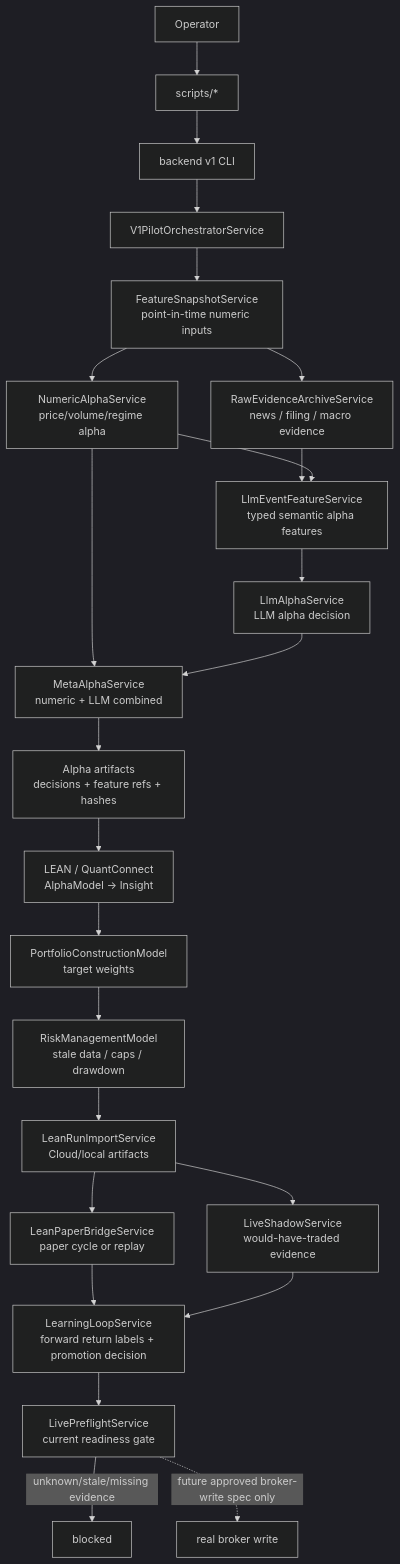
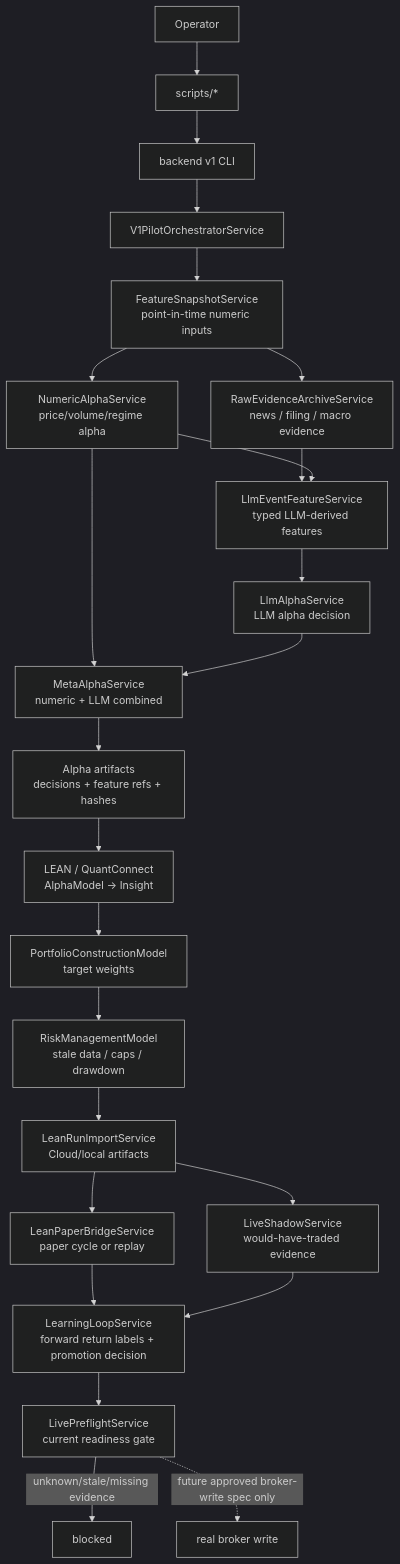
One commit to gigio1023/lincei-quant-research-engine changed the fourth of 10 diagrams in result.md. Above: the diagram before and after it, drawn with Mermaid (dark theme). The commit also changed other lines of this file and 83 other files, not shown here.

````diff
--- a/result.md
+++ b/result.md
@@ -181,32 +181,32 @@
 ```mermaid
 flowchart TD
     OP["Operator"] --> S["scripts/*"]
     S --> CLI["backend v1 CLI"]
     CLI --> ORCH["V1PilotOrchestratorService"]
 
     ORCH --> SNAP["FeatureSnapshotService<br/>point-in-time numeric inputs"]
 
     SNAP --> NUM["NumericAlphaService<br/>price/volume/regime alpha"]
     SNAP --> RAW["RawEvidenceArchiveService<br/>news / filing / macro evidence"]
-    RAW --> LLMFEAT["LlmEventFeatureService<br/>typed semantic alpha features"]
+    RAW --> LLMFEAT["LlmEventFeatureService<br/>typed LLM-derived features"]
     NUM --> LLMFEAT
 
     LLMFEAT --> LLMALPHA["LlmAlphaService<br/>LLM alpha decision"]
     NUM --> META["MetaAlphaService<br/>numeric + LLM combined"]
     LLMALPHA --> META
 
     META --> EXPORT["Alpha artifacts<br/>decisions + feature refs + hashes"]
     EXPORT --> LEAN["LEAN / QuantConnect<br/>AlphaModel -> Insight"]
     LEAN --> PORT["PortfolioConstructionModel<br/>target weights"]
     PORT --> RISK["RiskManagementModel<br/>stale data / caps / drawdown"]
 
     RISK --> IMPORT["LeanRunImportService<br/>Cloud/local artifacts"]
     IMPORT --> PAPER["LeanPaperBridgeService<br/>paper cycle or replay"]
     IMPORT --> SHADOW["LiveShadowService<br/>would-have-traded evidence"]
 
     PAPER --> LEARN["LearningLoopService<br/>forward return labels + promotion decision"]
     SHADOW --> LEARN
     LEARN --> PREFLIGHT["LivePreflightService<br/>current readiness gate"]
     PREFLIGHT -->|"unknown/stale/missing evidence"| BLOCKED["blocked"]
     PREFLIGHT -. "future approved broker-write spec only" .-> BROKER["real broker write"]
 ```
````
